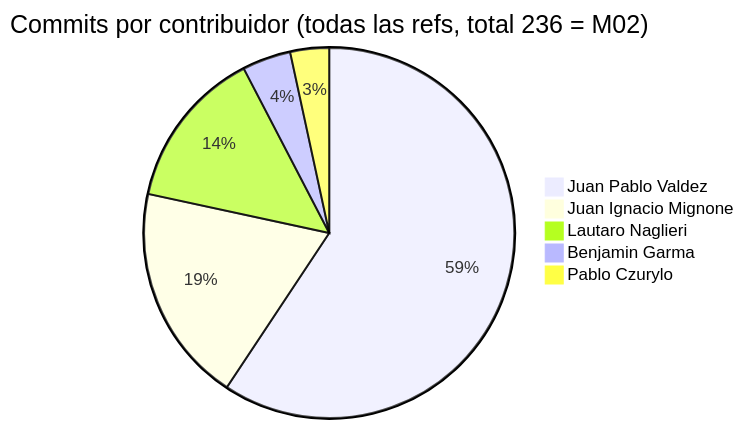
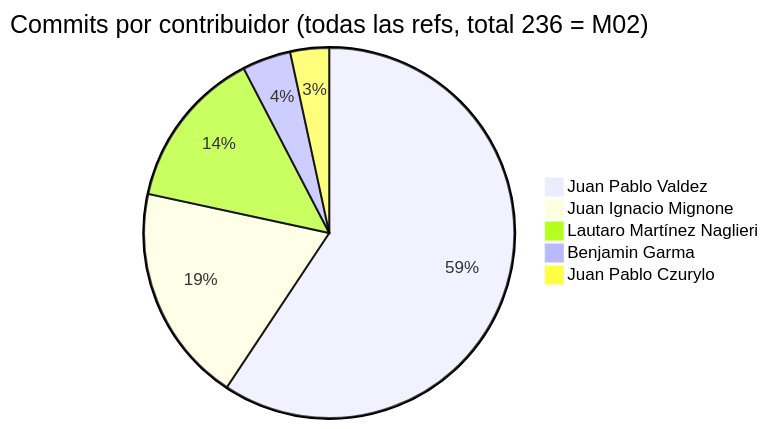
One commit to juanpablovaldez/hosty changed the first of 2 diagrams in documentacion-final/14-Metricas.md. Above: the diagram before and after it, drawn with Mermaid. The commit also changed 21 other files, not shown here.

````diff
--- a/documentacion-final/14-Metricas.md
+++ b/documentacion-final/14-Metricas.md
@@ -39,8 +39,8 @@
 ```mermaid
 pie title Commits por contribuidor (todas las refs, total 236 = M02)
     "Juan Pablo Valdez" : 140
     "Juan Ignacio Mignone" : 45
-    "Lautaro Naglieri" : 33
+    "Lautaro Martínez Naglieri" : 33
     "Benjamin Garma" : 10
-    "Pablo Czurylo" : 8
+    "Juan Pablo Czurylo" : 8
 ```
````
